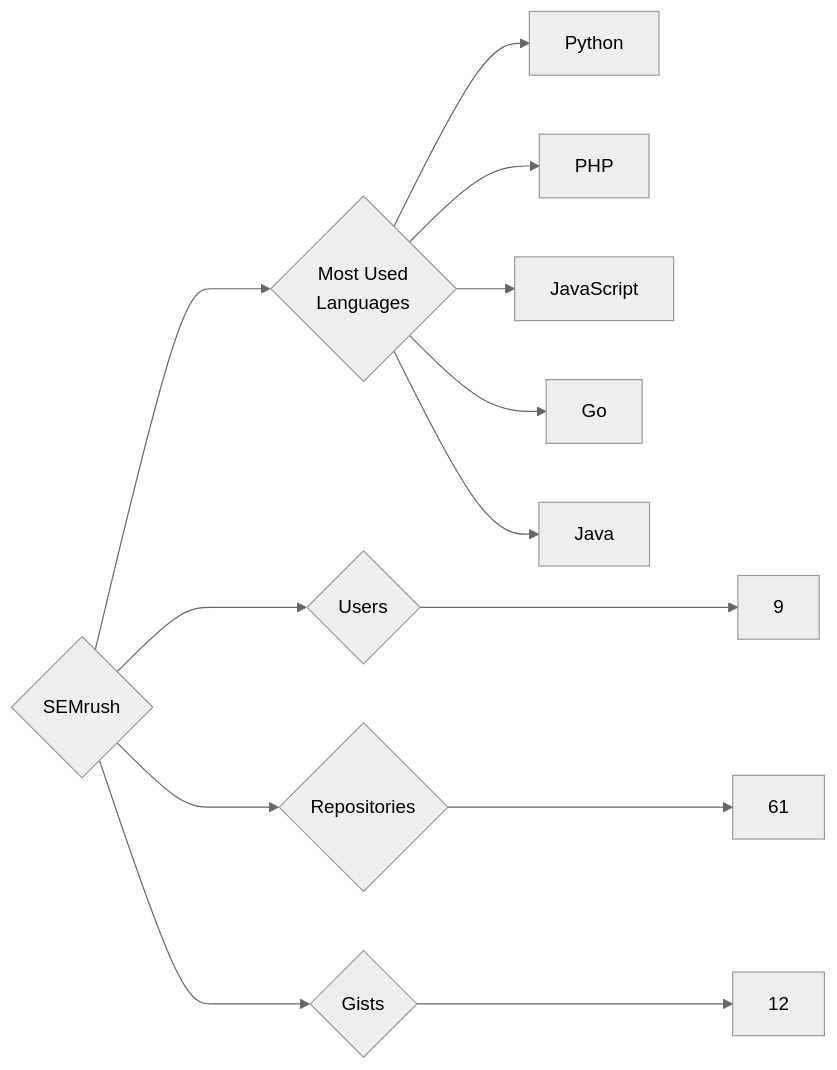
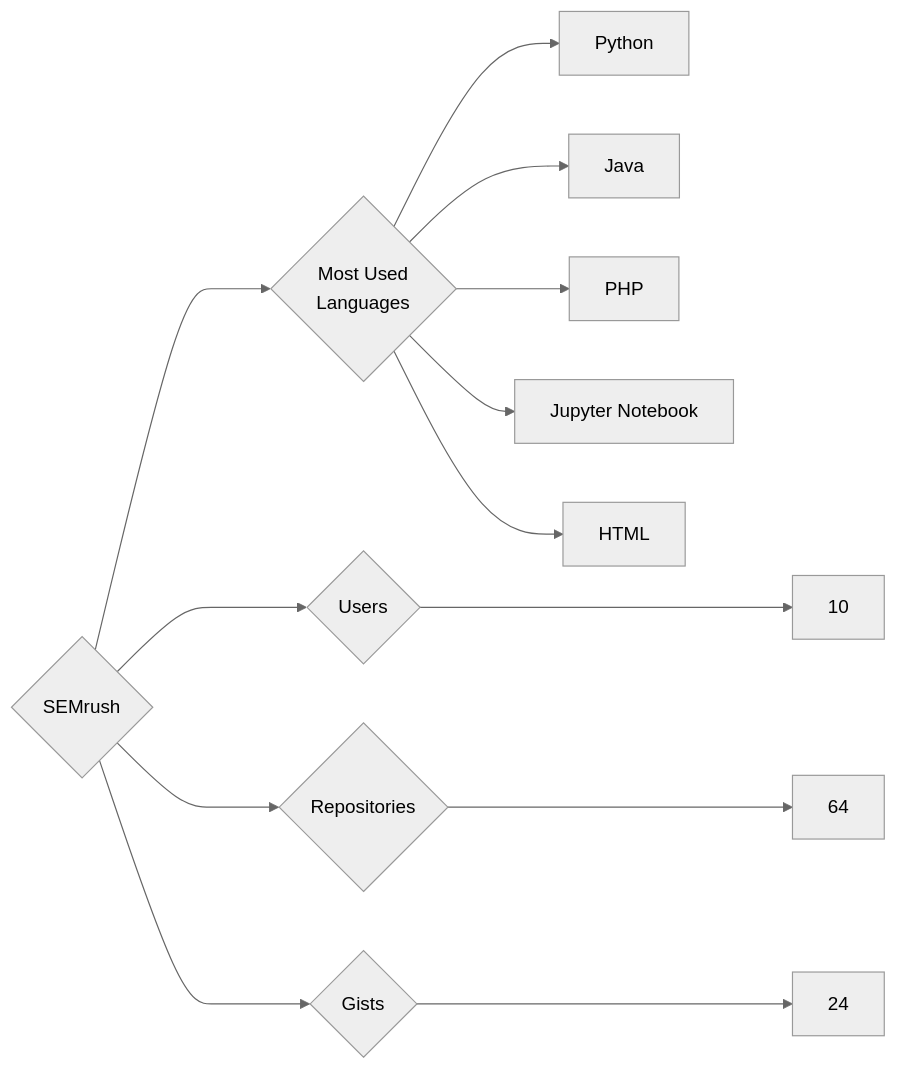
Before and after one commit to trickest/insiders: the diagram in targets/SEMrush/README.md, drawn with Mermaid (neutral theme). The commit also changed 970 other files, not shown here.

````diff
--- a/targets/SEMrush/README.md
+++ b/targets/SEMrush/README.md
@@ -3,13 +3,13 @@
 ```mermaid
 graph LR
 COMPANY_NAME{SEMrush}
-COMPANY_NAME ---> U{Users} ---> UN[9]
-COMPANY_NAME ---> R{Repositories} ---> RN[61]
-COMPANY_NAME ---> G{Gists} ---> GN[12]
+COMPANY_NAME ---> U{Users} ---> UN[10]
+COMPANY_NAME ---> R{Repositories} ---> RN[64]
+COMPANY_NAME ---> G{Gists} ---> GN[24]
 COMPANY_NAME ---> ML{Most Used<br>Languages}
 ML --> Python[Python]
+ML --> Java[Java]
 ML --> PHP[PHP]
-ML --> JavaScript[JavaScript]
-ML --> Go[Go]
-ML --> Java[Java]
+ML --> Jupyter_Notebook[Jupyter Notebook]
+ML --> HTML[HTML]
 ```
````
